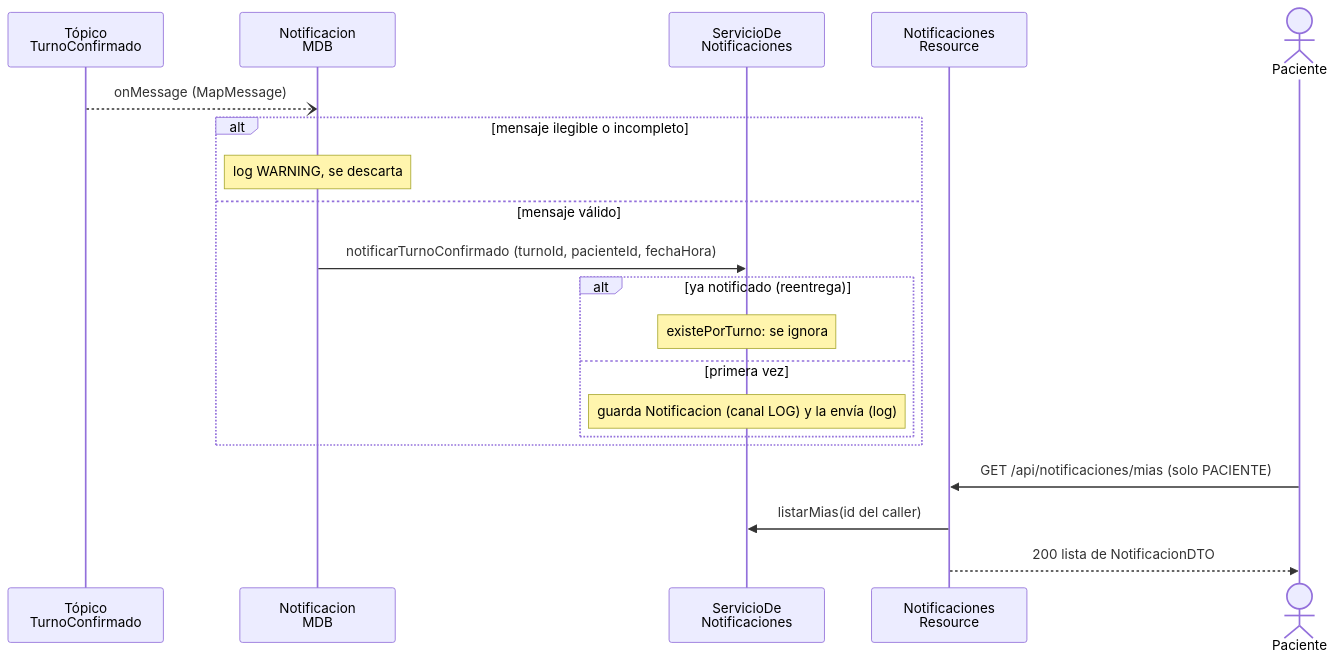
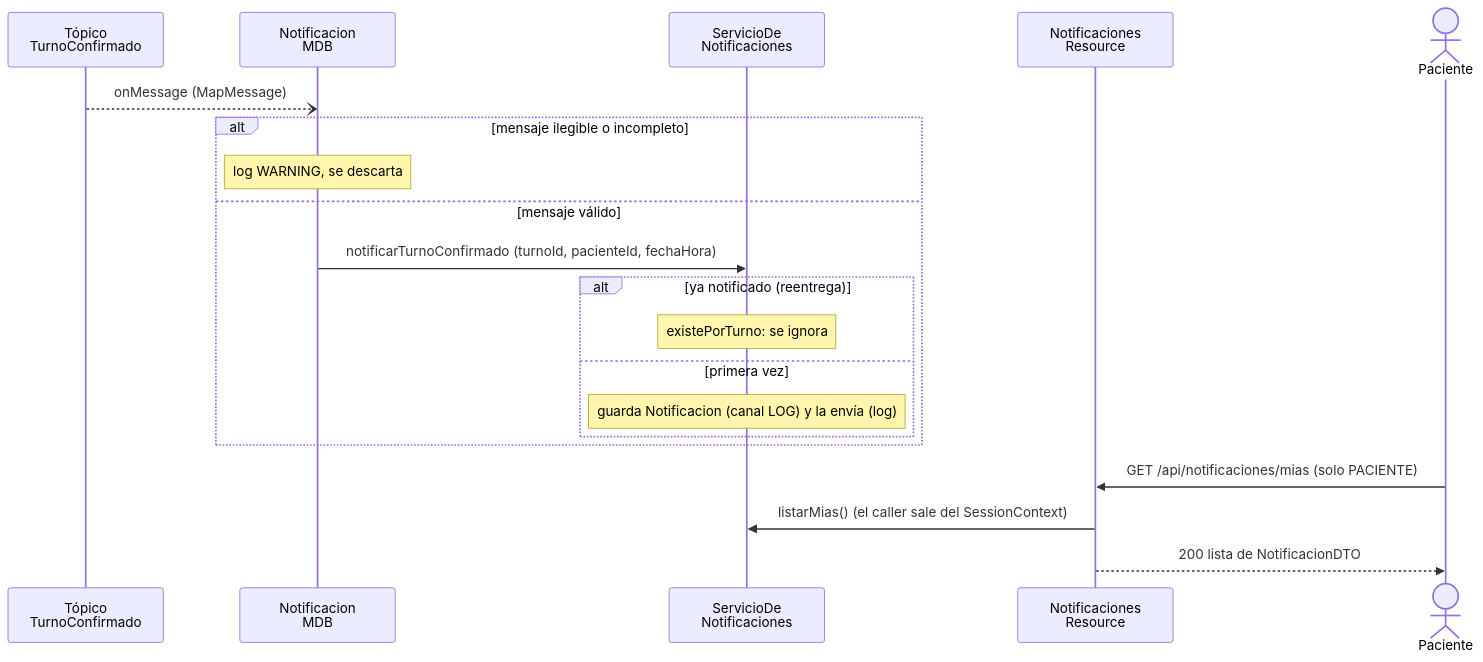
Before and after one commit to martucastro/Mediconecta-DA2: the second of 6 diagrams in docs/documento-tecnico-entrega-2.md, drawn with Mermaid. The commit also changed other lines of this file and 1 other file, not shown here.

````diff
--- a/docs/documento-tecnico-entrega-2.md
+++ b/docs/documento-tecnico-entrega-2.md
@@ -93,23 +95,23 @@
 ```mermaid
 %%{init: {'sequence': {'width': 185}}}%%
 sequenceDiagram
     participant TP as Tópico<br/>TurnoConfirmado
     participant NM as Notificacion<br/>MDB
     participant SN as ServicioDe<br/>Notificaciones
     participant NR as Notificaciones<br/>Resource
     actor P as Paciente
     TP--)NM: onMessage (MapMessage)
     alt mensaje ilegible o incompleto
         Note over NM: log WARNING, se descarta
     else mensaje válido
         NM->>SN: notificarTurnoConfirmado (turnoId, pacienteId, fechaHora)
         alt ya notificado (reentrega)
             Note over SN: existePorTurno: se ignora
         else primera vez
             Note over SN: guarda Notificacion (canal LOG) y la envía (log)
         end
     end
     P->>NR: GET /api/notificaciones/mias (solo PACIENTE)
-    NR->>SN: listarMias(id del caller)
+    NR->>SN: listarMias() (el caller sale del SessionContext)
     NR-->>P: 200 lista de NotificacionDTO
 ```
````
